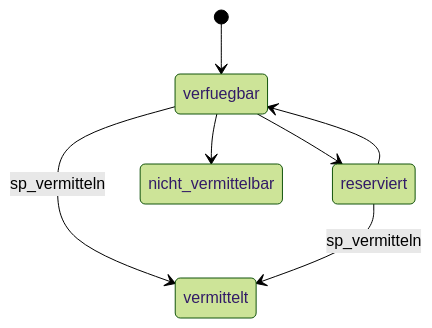
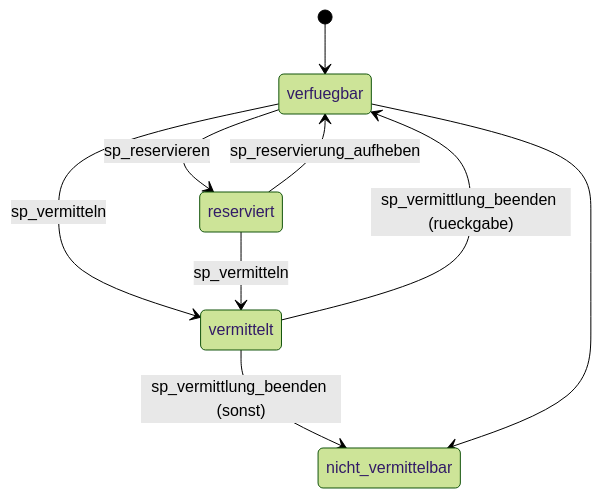
The third of 4 diagrams in README.md (ImmortalCanary/Paws-Match), drawn with Mermaid (forest theme) before and after one commit. The commit also changed other lines of this file and 28 other files, not shown here.

````diff
--- a/README.md
+++ b/README.md
@@ -397,9 +439,11 @@
 ```mermaid
 stateDiagram-v2
     [*] --> verfuegbar
-    verfuegbar --> reserviert
-    reserviert --> verfuegbar
+    verfuegbar --> reserviert : sp_reservieren
+    reserviert --> verfuegbar : sp_reservierung_aufheben
     verfuegbar --> vermittelt : sp_vermitteln
     reserviert --> vermittelt : sp_vermitteln
+    vermittelt --> verfuegbar : sp_vermittlung_beenden (rueckgabe)
+    vermittelt --> nicht_vermittelbar : sp_vermittlung_beenden (sonst)
     verfuegbar --> nicht_vermittelbar
 ```
````
